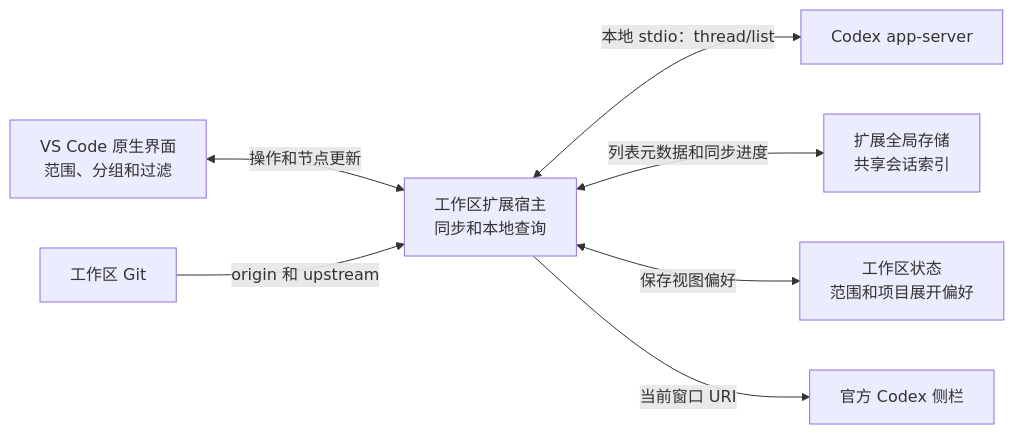
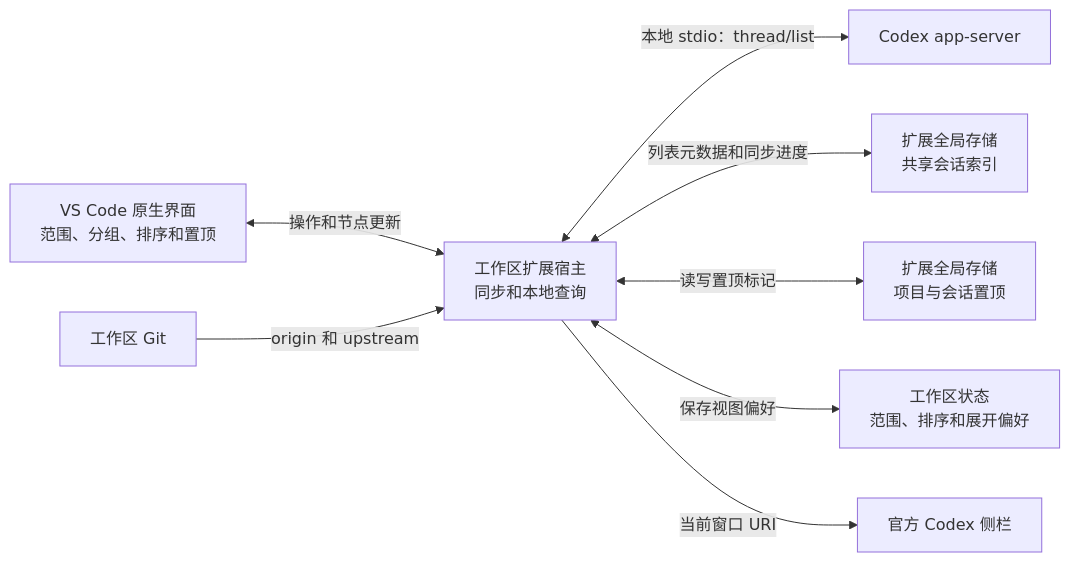
One commit to jaypume/vscode-codex-chats-list changed the diagram in ARCH.md. Above: the diagram before and after it, drawn with Mermaid. The commit also changed 16 other files, not shown here.

````diff
--- a/ARCH.md
+++ b/ARCH.md
@@ -3,16 +3,18 @@
 ```mermaid
 flowchart LR
-  UI["VS Code 原生界面<br/>范围、分组和过滤"]
+  UI["VS Code 原生界面<br/>范围、分组、排序和置顶"]
   Host["工作区扩展宿主<br/>同步和本地查询"]
   Git["工作区 Git"]
   Server["Codex app-server"]
   Codex["官方 Codex 侧栏"]
-  Prefs["工作区状态<br/>范围和项目展开偏好"]
+  Prefs["工作区状态<br/>范围、排序和展开偏好"]
   Index["扩展全局存储<br/>共享会话索引"]
+  Pins["扩展全局存储<br/>项目与会话置顶"]
   UI <-->|"操作和节点更新"| Host
   Host <-->|"本地 stdio：thread/list"| Server
   Host <-->|"列表元数据和同步进度"| Index
+  Host <-->|"读写置顶标记"| Pins
   Git -->|"origin 和 upstream"| Host
   Host <-->|"保存视图偏好"| Prefs
   Host -->|"当前窗口 URI"| Codex
 ```
````
